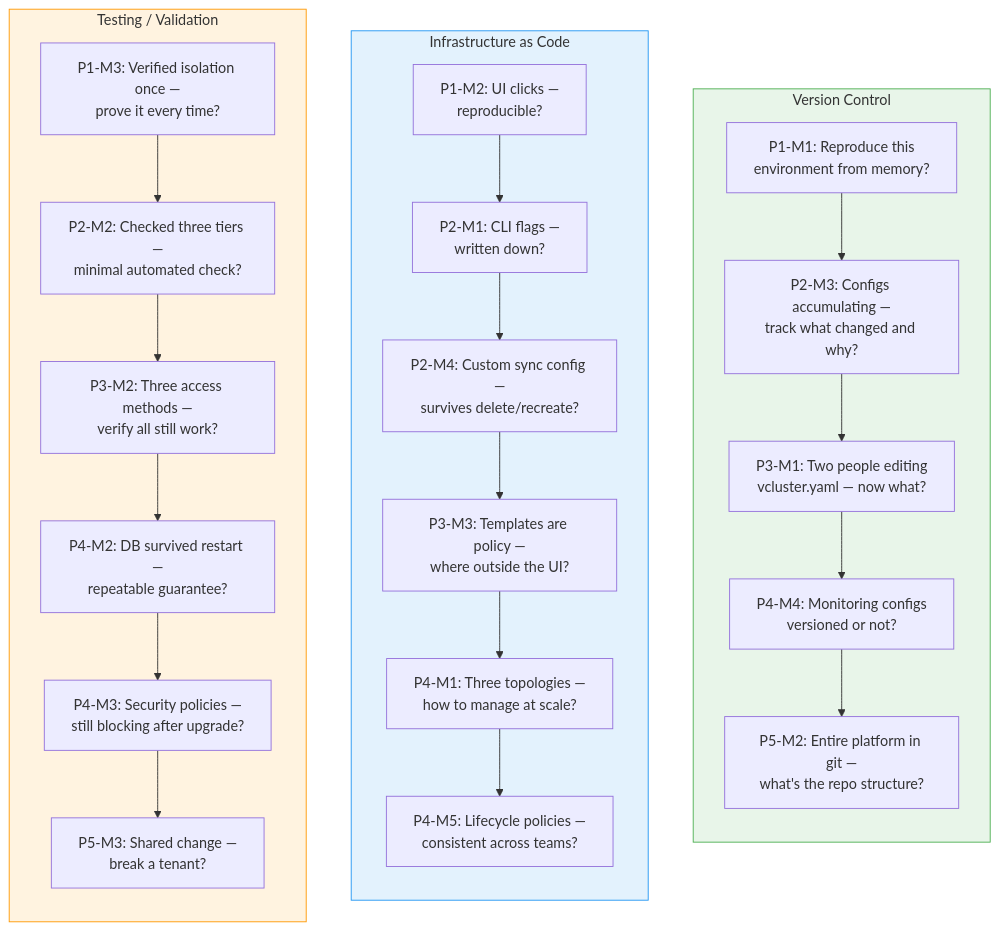
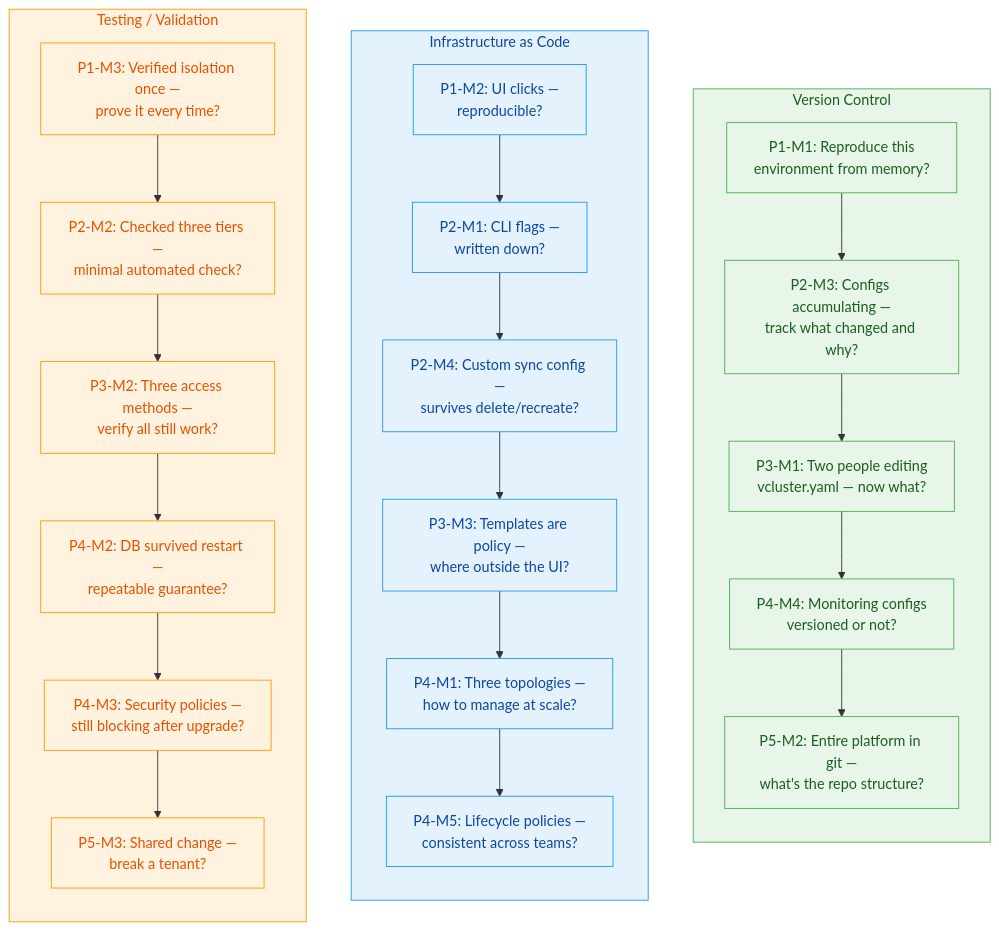
The second of 7 diagrams in roadmap.md (andrew-brooks-GA/vcluster_learning), drawn with Mermaid before and after one commit. The commit also changed other lines of this file and 1 other file, not shown here.

Commit message:
Add README and fix Mermaid diagram text readability

````diff
--- a/roadmap.md
+++ b/roadmap.md
@@ -32,38 +32,60 @@
 ```mermaid
 flowchart TD
     subgraph vc["Version Control"]
         direction TB
         VC1["P1-M1: Reproduce this\nenvironment from memory?"]
         VC2["P2-M3: Configs accumulating —\ntrack what changed and why?"]
         VC3["P3-M1: Two people editing\nvcluster.yaml — now what?"]
         VC4["P4-M4: Monitoring configs\nversioned or not?"]
         VC5["P5-M2: Entire platform in git —\nwhat's the repo structure?"]
         VC1 --> VC2 --> VC3 --> VC4 --> VC5
     end
 
     subgraph iac["Infrastructure as Code"]
         direction TB
         IAC1["P1-M2: UI clicks —\nreproducible?"]
         IAC2["P2-M1: CLI flags —\nwritten down?"]
         IAC3["P2-M4: Custom sync config —\nsurvives delete/recreate?"]
         IAC4["P3-M3: Templates are policy —\nwhere outside the UI?"]
         IAC5["P4-M1: Three topologies —\nhow to manage at scale?"]
         IAC6["P4-M5: Lifecycle policies —\nconsistent across teams?"]
         IAC1 --> IAC2 --> IAC3 --> IAC4 --> IAC5 --> IAC6
     end
 
     subgraph test["Testing / Validation"]
         direction TB
         T1["P1-M3: Verified isolation once —\nprove it every time?"]
         T2["P2-M2: Checked three tiers —\nminimal automated check?"]
         T3["P3-M2: Three access methods —\nverify all still work?"]
         T4["P4-M2: DB survived restart —\nrepeatable guarantee?"]
         T5["P4-M3: Security policies —\nstill blocking after upgrade?"]
         T6["P5-M3: Shared change —\nbreak a tenant?"]
         T1 --> T2 --> T3 --> T4 --> T5 --> T6
     end
 
-    style vc fill:#e8f5e9,stroke:#4caf50
-    style iac fill:#e3f2fd,stroke:#2196f3
-    style test fill:#fff3e0,stroke:#ff9800
+    VC1:::vcNode
+    VC2:::vcNode
+    VC3:::vcNode
+    VC4:::vcNode
+    VC5:::vcNode
+    IAC1:::iacNode
+    IAC2:::iacNode
+    IAC3:::iacNode
+    IAC4:::iacNode
+    IAC5:::iacNode
+    IAC6:::iacNode
+    T1:::testNode
+    T2:::testNode
+    T3:::testNode
+    T4:::testNode
+    T5:::testNode
+    T6:::testNode
+
+    classDef vcNode fill:#e8f5e9,stroke:#4caf50,color:#1b5e20
+    classDef iacNode fill:#e3f2fd,stroke:#2196f3,color:#0d47a1
+    classDef testNode fill:#fff3e0,stroke:#ff9800,color:#e65100
+
+    style vc fill:#e8f5e9,stroke:#4caf50,color:#1b5e20
+    style iac fill:#e3f2fd,stroke:#2196f3,color:#0d47a1
+    style test fill:#fff3e0,stroke:#ff9800,color:#e65100
 ```
````
